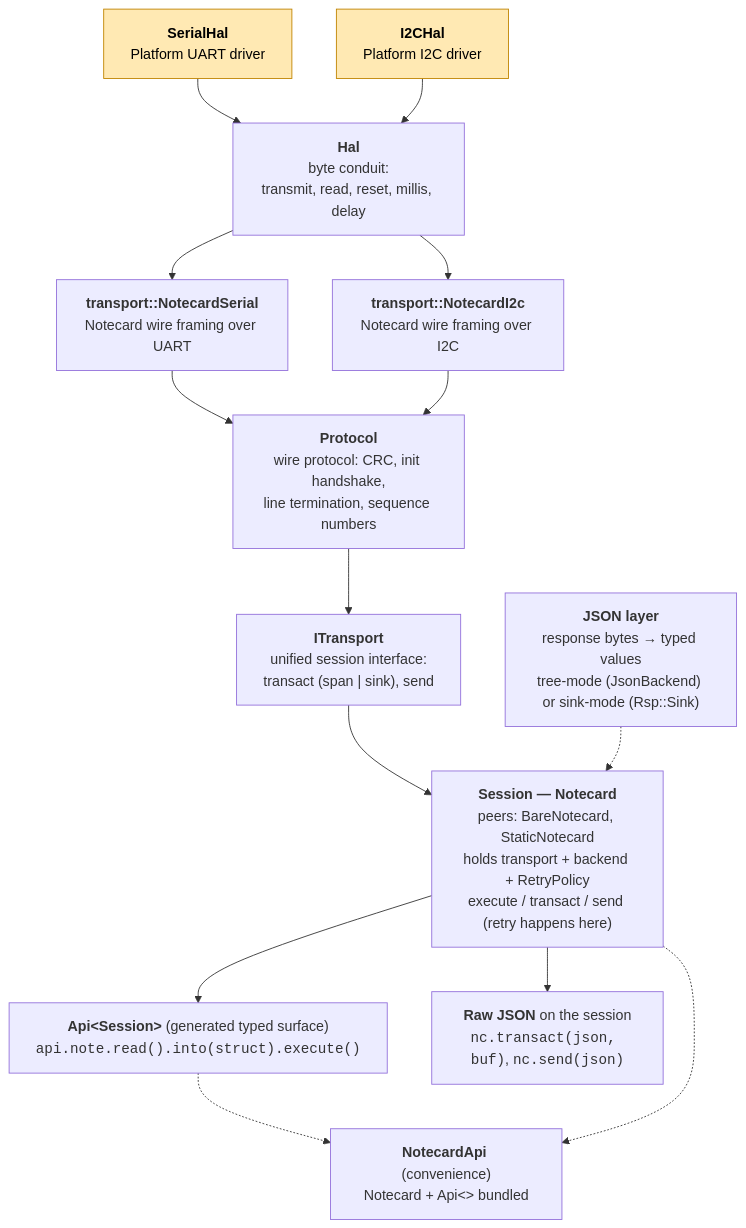
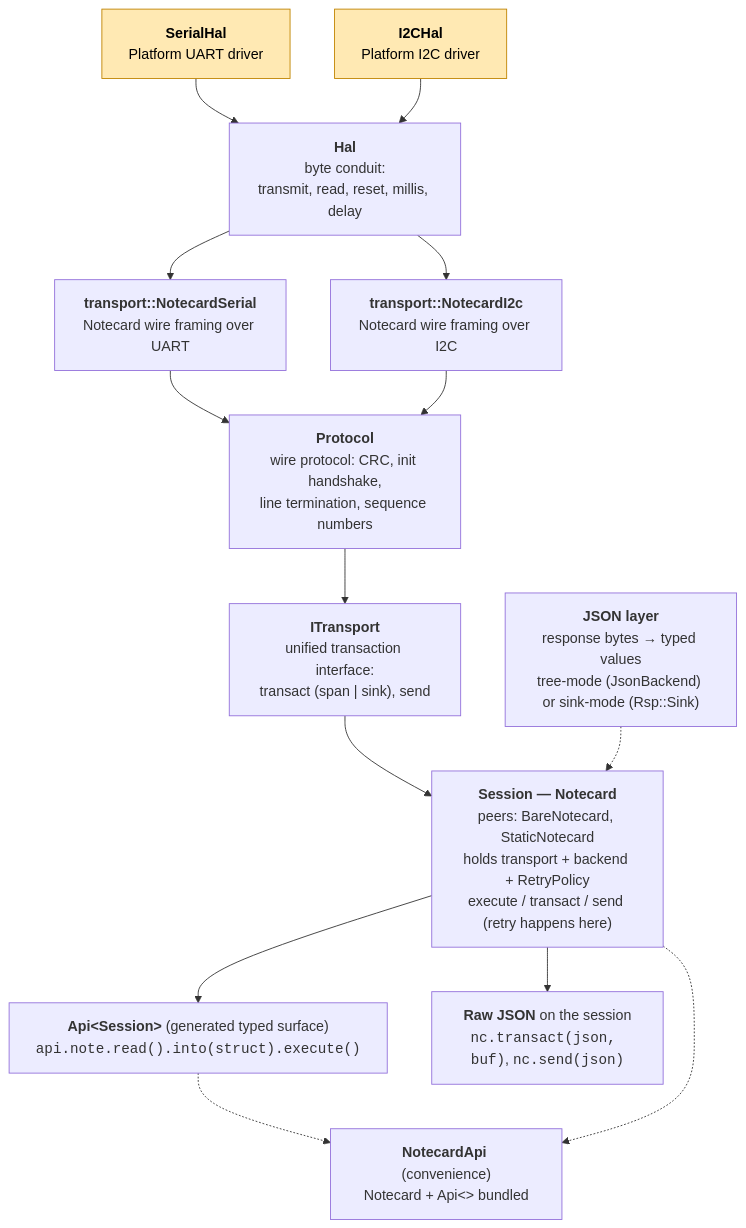
One commit to m-mcgowan/note-cpp changed the diagram in docs/transport.md. Above: the diagram before and after it, drawn with Mermaid. The commit also changed other lines of this file, not shown here.

First line of the commit message:
docs(transport): Stop calling ITransport the "session interface"

````diff
--- a/docs/transport.md
+++ b/docs/transport.md
@@ -44,32 +46,32 @@
 ```mermaid
 flowchart TD
     Hal["<b>Hal</b><br/>byte conduit:<br/>transmit, read, reset, millis, delay"]
     NCSer["<b>transport::NotecardSerial</b><br/>Notecard wire framing over UART"]
     NCI2C["<b>transport::NotecardI2c</b><br/>Notecard wire framing over I2C"]
     Proto["<b>Protocol</b><br/>wire protocol: CRC, init handshake,<br/>line termination, sequence numbers"]
-    ITrans["<b>ITransport</b><br/>unified session interface:<br/>transact (span | sink), send"]
+    ITrans["<b>ITransport</b><br/>unified transaction interface:<br/>transact (span | sink), send"]
     JsonLayer["<b>JSON layer</b><br/>response bytes → typed values<br/>tree-mode (JsonBackend) or sink-mode (Rsp::Sink)"]
     Session["<b>Session — Notecard</b><br/>peers: BareNotecard, StaticNotecard<br/>holds transport + backend + RetryPolicy<br/>execute / transact / send (retry happens here)"]
     Api["<b>Api&lt;Session&gt;</b> (generated typed surface)<br/><code>api.note.read().into(struct).execute()</code>"]
     Raw["<b>Raw JSON</b> on the session<br/><code>nc.transact(json, buf)</code>, <code>nc.send(json)</code>"]
     Bundle["<b>NotecardApi</b> (convenience)<br/>Notecard + Api&lt;&gt; bundled"]
 
     SerialDriver["<b>SerialHal</b><br/>Platform UART driver"]
     I2CDriver["<b>I2CHal</b><br/>Platform I2C driver"]
 
     SerialDriver --> Hal
     I2CDriver --> Hal
     Hal --> NCSer & NCI2C
     NCSer --> Proto
     NCI2C --> Proto
     Proto --> ITrans
     ITrans --> Session
     JsonLayer -.-> Session
     Session --> Raw
     Session --> Api
     Api -.-> Bundle
     Session -.-> Bundle
 
     classDef user fill:#ffe9b3,stroke:#c08400,color:#000
     class SerialDriver,I2CDriver user
 ```
````
